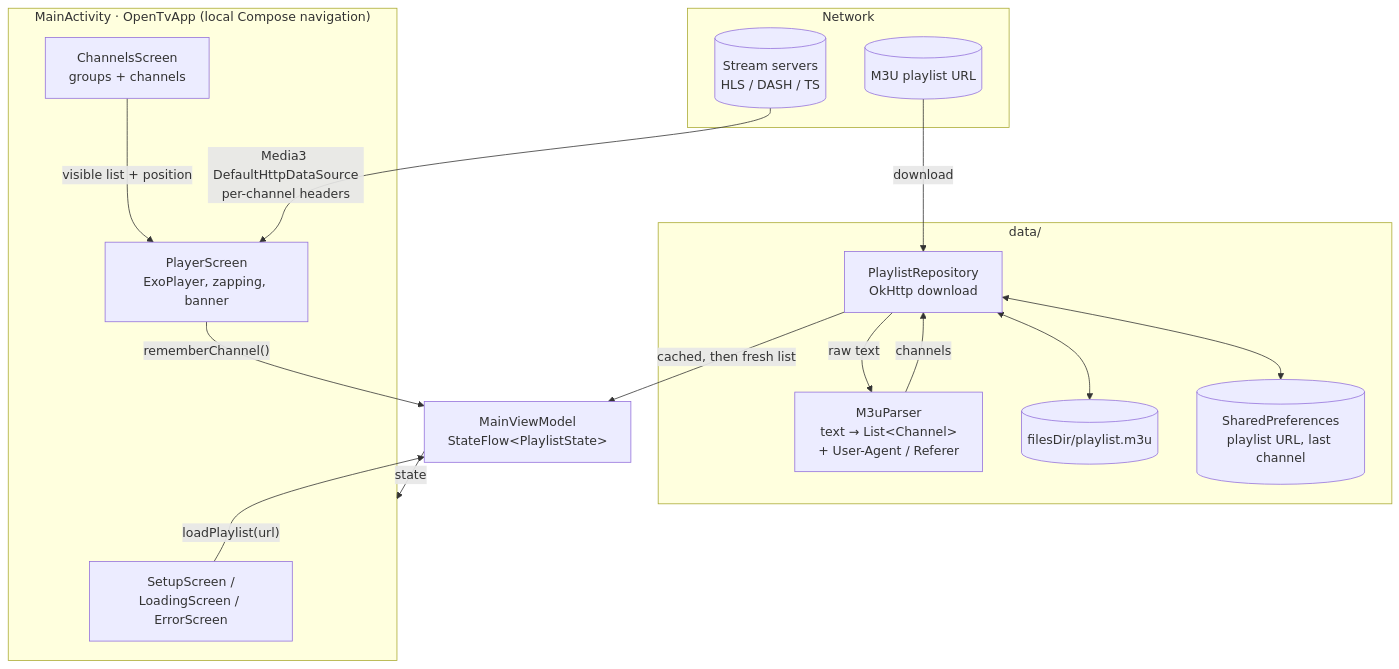
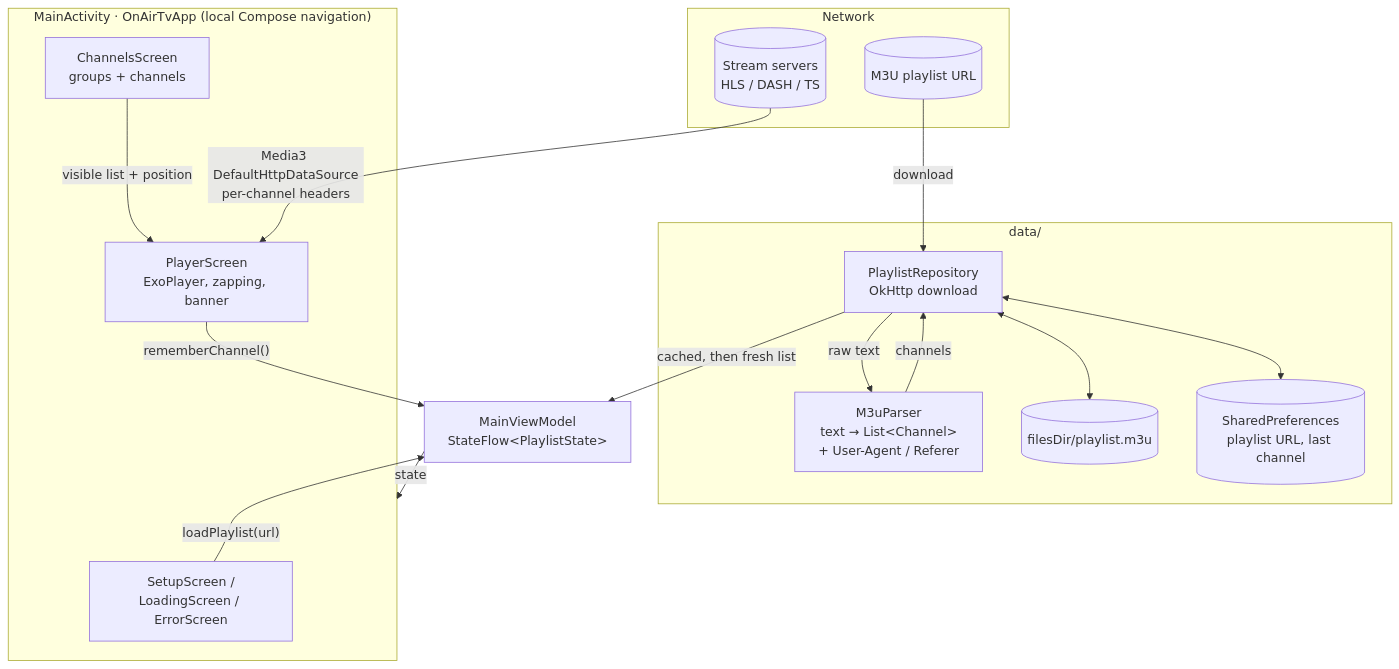
The first of 2 diagrams in README.md (jasmedia/onair-tv), drawn with Mermaid before and after one commit. The commit also changed other lines of this file and 12 other files, not shown here.

First line of the commit message:
Rename app from OpenTV to OnAir TV

````diff
--- a/README.md
+++ b/README.md
@@ -42,34 +42,34 @@
 ```mermaid
 flowchart TB
     subgraph Remote["Network"]
         PL[("M3U playlist URL")]
         ST[("Stream servers<br/>HLS / DASH / TS")]
     end
 
     subgraph Data["data/"]
         REPO["PlaylistRepository<br/>OkHttp download"]
         PARSER["M3uParser<br/>text → List&lt;Channel&gt;<br/>+ User-Agent / Referer"]
         CACHE[("filesDir/playlist.m3u")]
         PREFS[("SharedPreferences<br/>playlist URL, last channel")]
     end
 
     VM["MainViewModel<br/>StateFlow&lt;PlaylistState&gt;"]
 
-    subgraph UI["MainActivity · OpenTvApp (local Compose navigation)"]
+    subgraph UI["MainActivity · OnAirTvApp (local Compose navigation)"]
         SETUP["SetupScreen /<br/>LoadingScreen / ErrorScreen"]
         CH["ChannelsScreen<br/>groups + channels"]
         PLAYER["PlayerScreen<br/>ExoPlayer, zapping, banner"]
     end
 
     PL -- "download" --> REPO
     REPO <--> CACHE
     REPO <--> PREFS
     REPO -- "raw text" --> PARSER
     PARSER -- "channels" --> REPO
     REPO -- "cached, then fresh list" --> VM
     VM -- "state" --> UI
     SETUP -- "loadPlaylist(url)" --> VM
     CH -- "visible list + position" --> PLAYER
     PLAYER -- "rememberChannel()" --> VM
     ST -- "Media3 DefaultHttpDataSource<br/>per-channel headers" --> PLAYER
 ```
````
